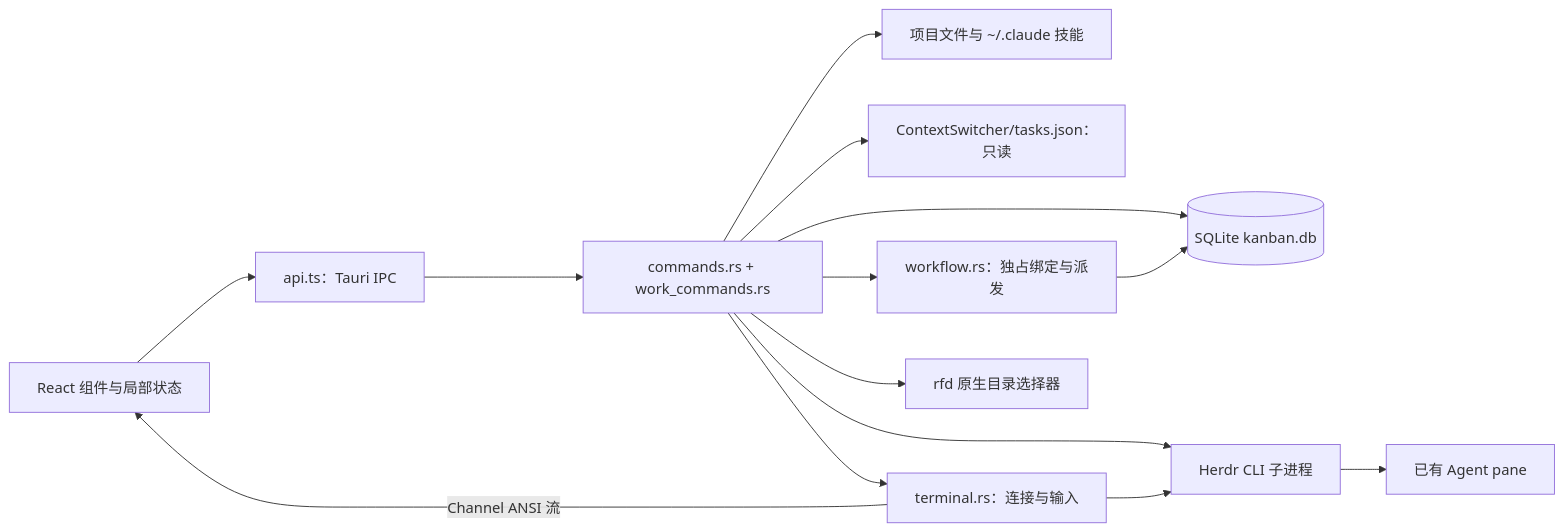
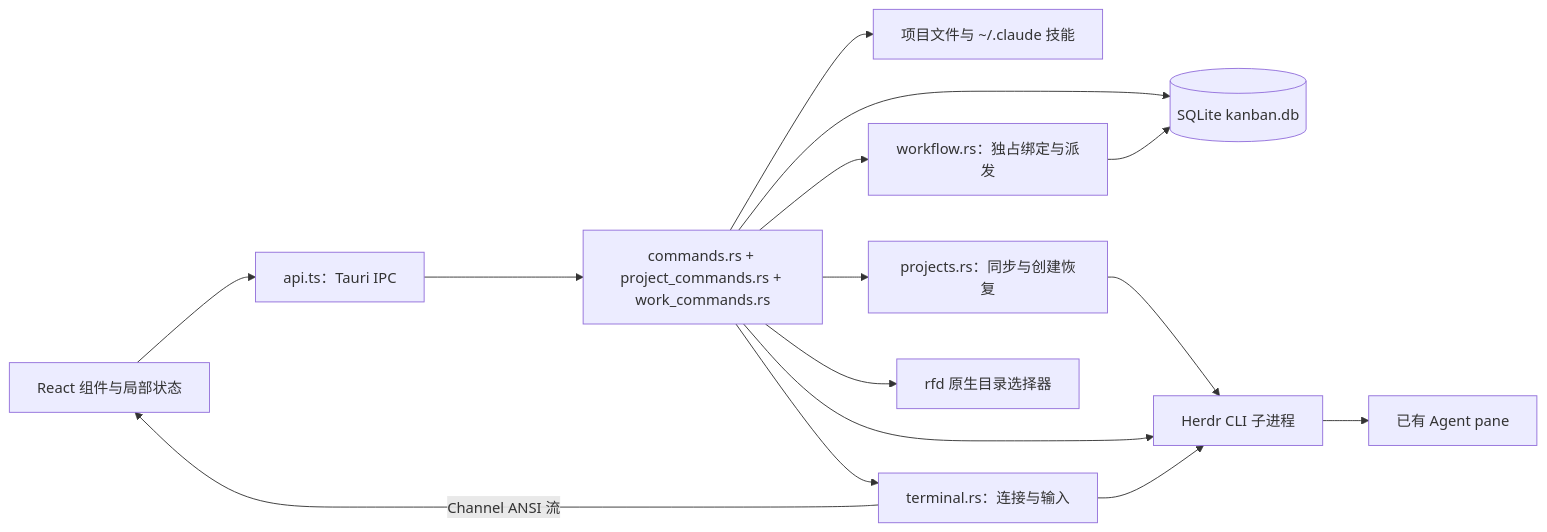
Before and after one commit to legendxcheng/ContextSwitcher: the first of 3 diagrams in kanban_code_structure.md, drawn with Mermaid. The commit also changed other lines of this file and 27 other files, not shown here.

````diff
--- a/kanban_code_structure.md
+++ b/kanban_code_structure.md
@@ -21,16 +21,17 @@
 ```mermaid
 flowchart LR
     UI[React 组件与局部状态] --> API[api.ts：Tauri IPC]
-    API --> CMD[commands.rs + work_commands.rs]
+    API --> CMD[commands.rs + project_commands.rs + work_commands.rs]
     CMD --> DB[(SQLite kanban.db)]
     CMD --> FILE[项目文件与 ~/.claude 技能]
-    CMD --> CS[ContextSwitcher/tasks.json：只读]
+    CMD --> PS[projects.rs：同步与创建恢复]
+    PS --> CLI
     CMD --> CLI[Herdr CLI 子进程]
     CLI --> AGENT[已有 Agent pane]
     CMD --> WF[workflow.rs：独占绑定与派发]
     WF --> DB
     CMD --> TERM[terminal.rs：连接与输入]
     TERM --> CLI
     TERM -->|Channel ANSI 流| UI
     CMD --> PICK[rfd 原生目录选择器]
 ```
````
